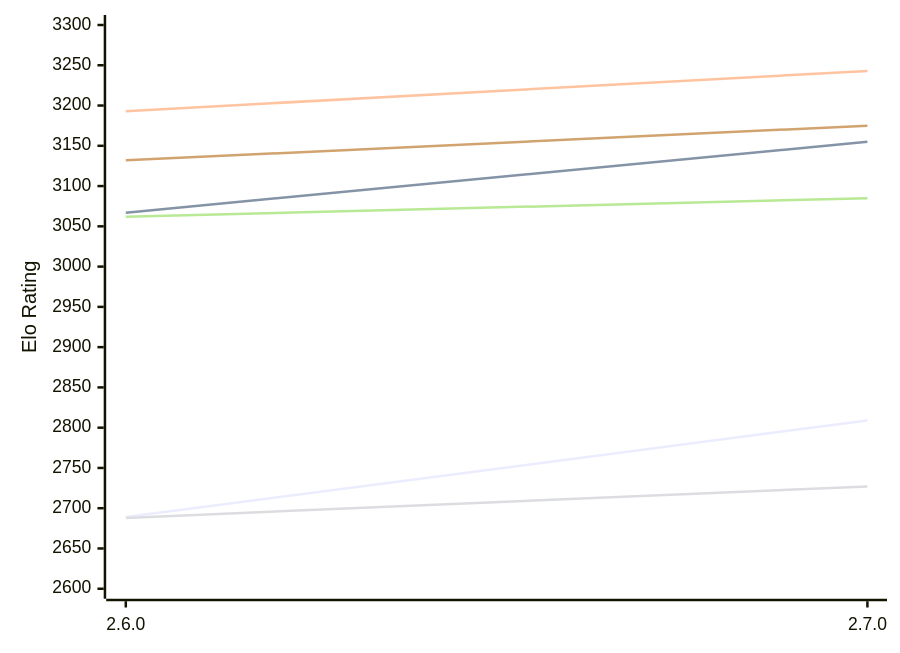
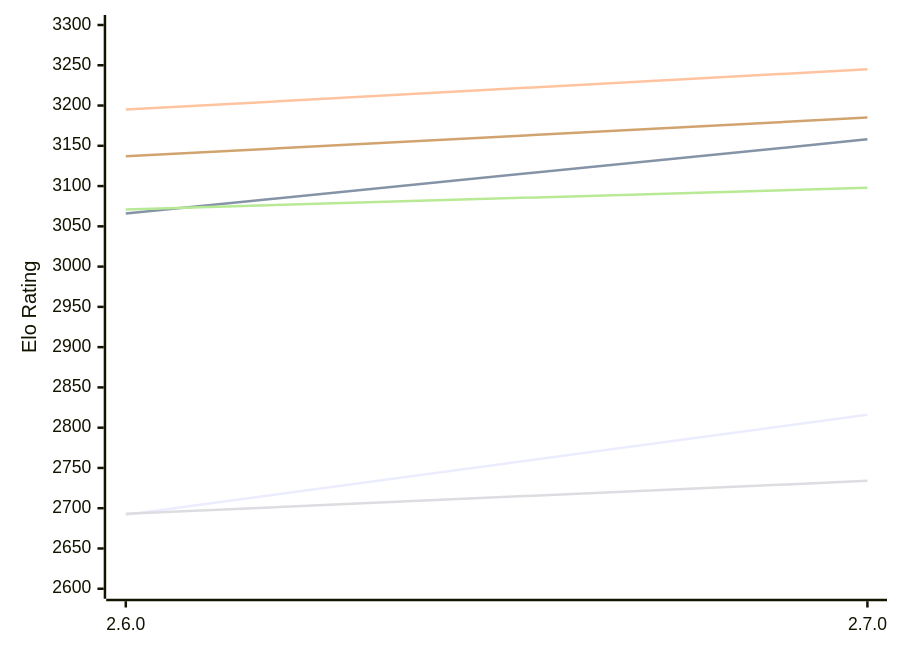
Before and after one commit to computer-chess-index/cci: the first of 2 diagrams in engines/Sturddle2.md, drawn with Mermaid. The commit also changed other lines of this file, not shown here.

Commit message:
Update CCI Ratings (ELO VLTC) - 2026-11-25

````diff
--- a/engines/Sturddle2.md
+++ b/engines/Sturddle2.md
@@ -51,12 +51,12 @@
 ```mermaid
 %%{init: {"theme":"base","themeVariables":{"seriesColors:['#a3a3a3','#222221','#faa371']}}}%%
 xychart-beta
   x-axis ["2.6.0", "2.7.0"]
   y-axis "Elo Rating" 2600 --> 3300
-  line "E1: STC (8.0+0.08s)" [2689, 2809]
-  line "E1: LTC (60.0+0.60s)" [3067, 3155]
-  line "E1: VLTC (2m24s+1.12s)" [3193, 3243]
-  line "P1: STC (8.0+0.08s)" [2688, 2727]
-  line "P1: LTC (60.0+0.60s)" [3062, 3085]
-  line "P1: VLTC (2m24s+1.12s)" [3132, 3175]
+  line "E1: STC (8.0+0.08s)" [2692, 2816]
+  line "E1: LTC (60.0+0.60s)" [3066, 3158]
+  line "E1: VLTC (2m24s+1.12s)" [3195, 3245]
+  line "P1: STC (8.0+0.08s)" [2693, 2734]
+  line "P1: LTC (60.0+0.60s)" [3071, 3098]
+  line "P1: VLTC (2m24s+1.12s)" [3137, 3185]
 ```
````
